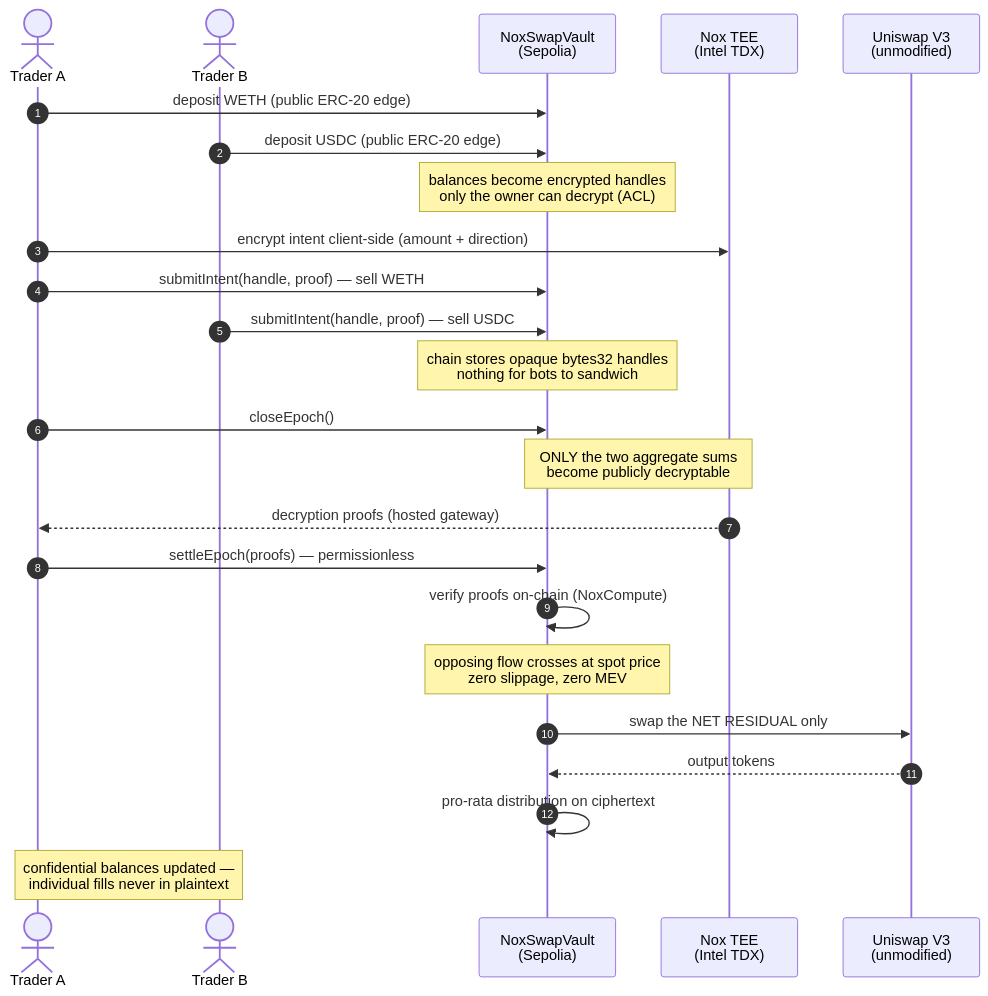
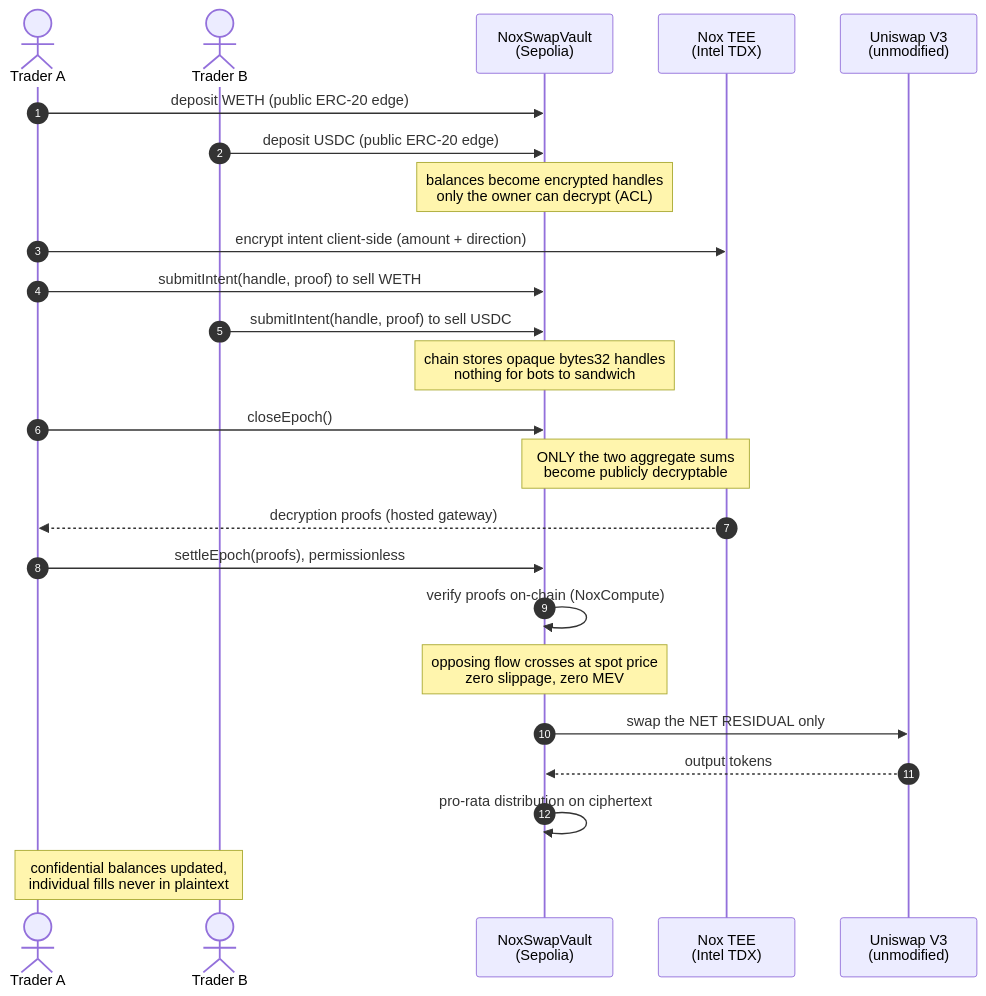
Before and after one commit to fozagtx/noxswap: the diagram in README.md, drawn with Mermaid. The commit also changed other lines of this file and 19 other files, not shown here.

````diff
--- a/README.md
+++ b/README.md
@@ -38,30 +38,30 @@
 ```mermaid
 sequenceDiagram
     autonumber
     actor A as Trader A
     actor B as Trader B
     participant V as NoxSwapVault<br/>(Sepolia)
     participant T as Nox TEE<br/>(Intel TDX)
     participant U as Uniswap V3<br/>(unmodified)
 
     A->>V: deposit WETH (public ERC-20 edge)
     B->>V: deposit USDC (public ERC-20 edge)
     Note over V: balances become encrypted handles<br/>only the owner can decrypt (ACL)
 
     A->>T: encrypt intent client-side (amount + direction)
-    A->>V: submitIntent(handle, proof) — sell WETH
-    B->>V: submitIntent(handle, proof) — sell USDC
+    A->>V: submitIntent(handle, proof) to sell WETH
+    B->>V: submitIntent(handle, proof) to sell USDC
     Note over V: chain stores opaque bytes32 handles<br/>nothing for bots to sandwich
 
     A->>V: closeEpoch()
     Note over V,T: ONLY the two aggregate sums<br/>become publicly decryptable
 
     T-->>A: decryption proofs (hosted gateway)
-    A->>V: settleEpoch(proofs) — permissionless
+    A->>V: settleEpoch(proofs), permissionless
     V->>V: verify proofs on-chain (NoxCompute)
     Note over V: opposing flow crosses at spot price<br/>zero slippage, zero MEV
     V->>U: swap the NET RESIDUAL only
     U-->>V: output tokens
     V->>V: pro-rata distribution on ciphertext
-    Note over A,B: confidential balances updated —<br/>individual fills never in plaintext
+    Note over A,B: confidential balances updated,<br/>individual fills never in plaintext
 ```
````
